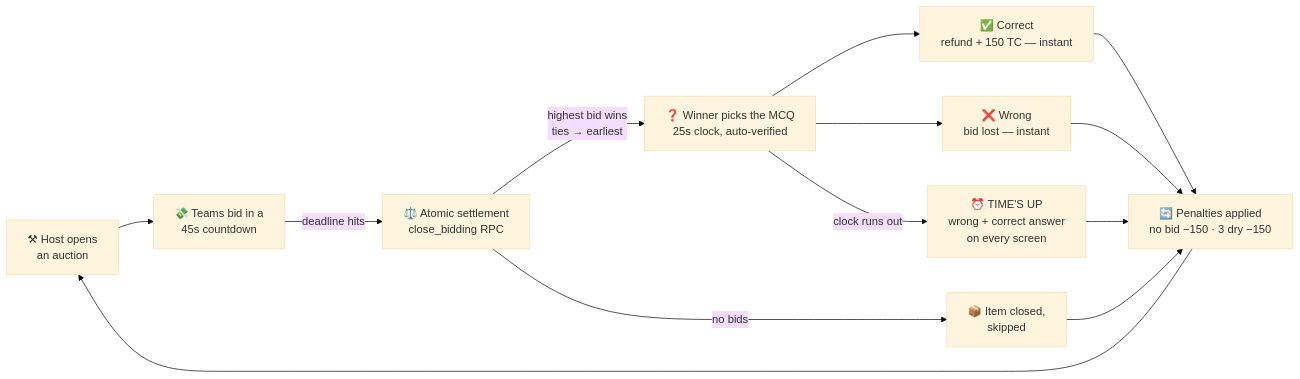
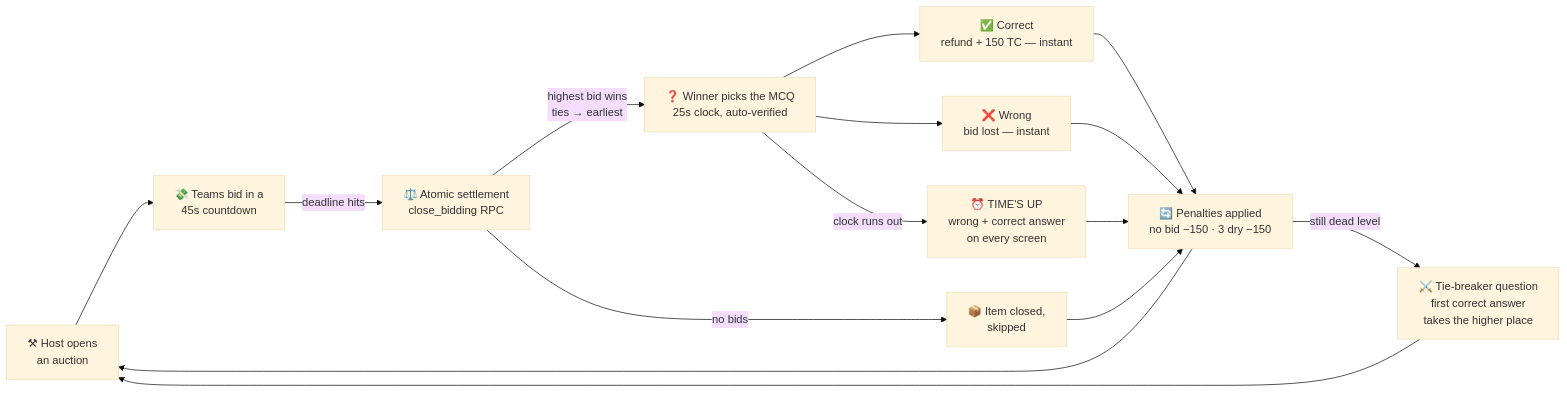
The first of 3 diagrams in README.md (inferno4670/Tech-Auction), drawn with Mermaid (base theme) before and after one commit. The commit also changed other lines of this file and 9 other files, not shown here.

Commit message:
Settle dead-level ties with a first-correct-answer question round

````diff
--- a/README.md
+++ b/README.md
@@ -55,15 +55,17 @@
 ```mermaid
 flowchart LR
     A[⚒ Host opens<br/>an auction] --> B[💸 Teams bid in a<br/>45s countdown]
     B -->|deadline hits| C[⚖️ Atomic settlement<br/>close_bidding RPC]
     C -->|highest bid wins<br/>ties → earliest| D[❓ Winner picks the MCQ<br/>25s clock, auto-verified]
     C -->|no bids| H[📦 Item closed,<br/>skipped]
     D --> E[✅ Correct<br/>refund + 150 TC — instant]
     D --> F[❌ Wrong<br/>bid lost — instant]
     D -->|clock runs out| I[⏰ TIME'S UP<br/>wrong + correct answer<br/>on every screen]
     E --> G[🔄 Penalties applied<br/>no bid −150 · 3 dry −150]
     F --> G
     I --> G
     H --> G
     G --> A
+    G -->|still dead level| T[⚔️ Tie-breaker question<br/>first correct answer<br/>takes the higher place]
+    T --> A
 ```
````
